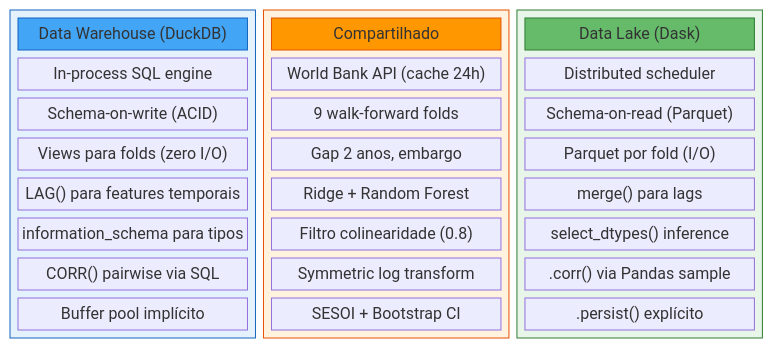
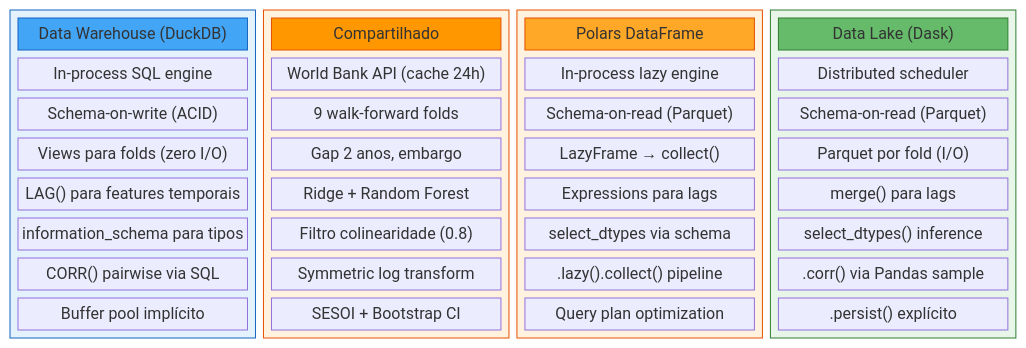
Before and after one commit to DATA-UFMS/rampart-framework: the fifth of 6 diagrams in docs/pipeline_diagram.md, drawn with Mermaid. The commit also changed other lines of this file, not shown here.

First line of the commit message:
docs: atualiza pipeline_diagram para 3 paradigmas

````diff
--- a/docs/pipeline_diagram.md
+++ b/docs/pipeline_diagram.md
@@ -263,47 +288,61 @@
 ```mermaid
 block-beta
-    columns 3
+    columns 4
 
     block:dw:1
         columns 1
         dw_t["Data Warehouse (DuckDB)"]
         dw1["In-process SQL engine"]
         dw2["Schema-on-write (ACID)"]
         dw3["Views para folds (zero I/O)"]
         dw4["LAG() para features temporais"]
         dw5["information_schema para tipos"]
         dw6["CORR() pairwise via SQL"]
         dw7["Buffer pool implícito"]
     end
 
     block:shared:1
         columns 1
         sh_t["Compartilhado"]
         sh1["World Bank API (cache 24h)"]
         sh2["9 walk-forward folds"]
         sh3["Gap 2 anos, embargo"]
         sh4["Ridge + Random Forest"]
         sh5["Filtro colinearidade (0.8)"]
         sh6["Symmetric log transform"]
         sh7["SESOI + Bootstrap CI"]
     end
 
+    block:pl:1
+        columns 1
+        pl_t["Polars DataFrame"]
+        pl1["In-process lazy engine"]
+        pl2["Schema-on-read (Parquet)"]
+        pl3["LazyFrame → collect()"]
+        pl4["Expressions para lags"]
+        pl5["select_dtypes via schema"]
+        pl6[".lazy().collect() pipeline"]
+        pl7["Query plan optimization"]
+    end
+
     block:dl:1
         columns 1
         dl_t["Data Lake (Dask)"]
         dl1["Distributed scheduler"]
         dl2["Schema-on-read (Parquet)"]
         dl3["Parquet por fold (I/O)"]
         dl4["merge() para lags"]
         dl5["select_dtypes() inference"]
         dl6[".corr() via Pandas sample"]
         dl7[".persist() explícito"]
     end
 
     style dw_t fill:#42a5f5,stroke:#1565c0,color:#fff
     style sh_t fill:#ff9800,stroke:#e65100,color:#fff
+    style pl_t fill:#ffa726,stroke:#e65100,color:#fff
     style dl_t fill:#66bb6a,stroke:#2e7d32,color:#fff
     style dw fill:#e3f2fd,stroke:#1565c0
     style shared fill:#fff3e0,stroke:#e65100
+    style pl fill:#fff3e0,stroke:#e65100
     style dl fill:#e8f5e9,stroke:#2e7d32
 ```
````
